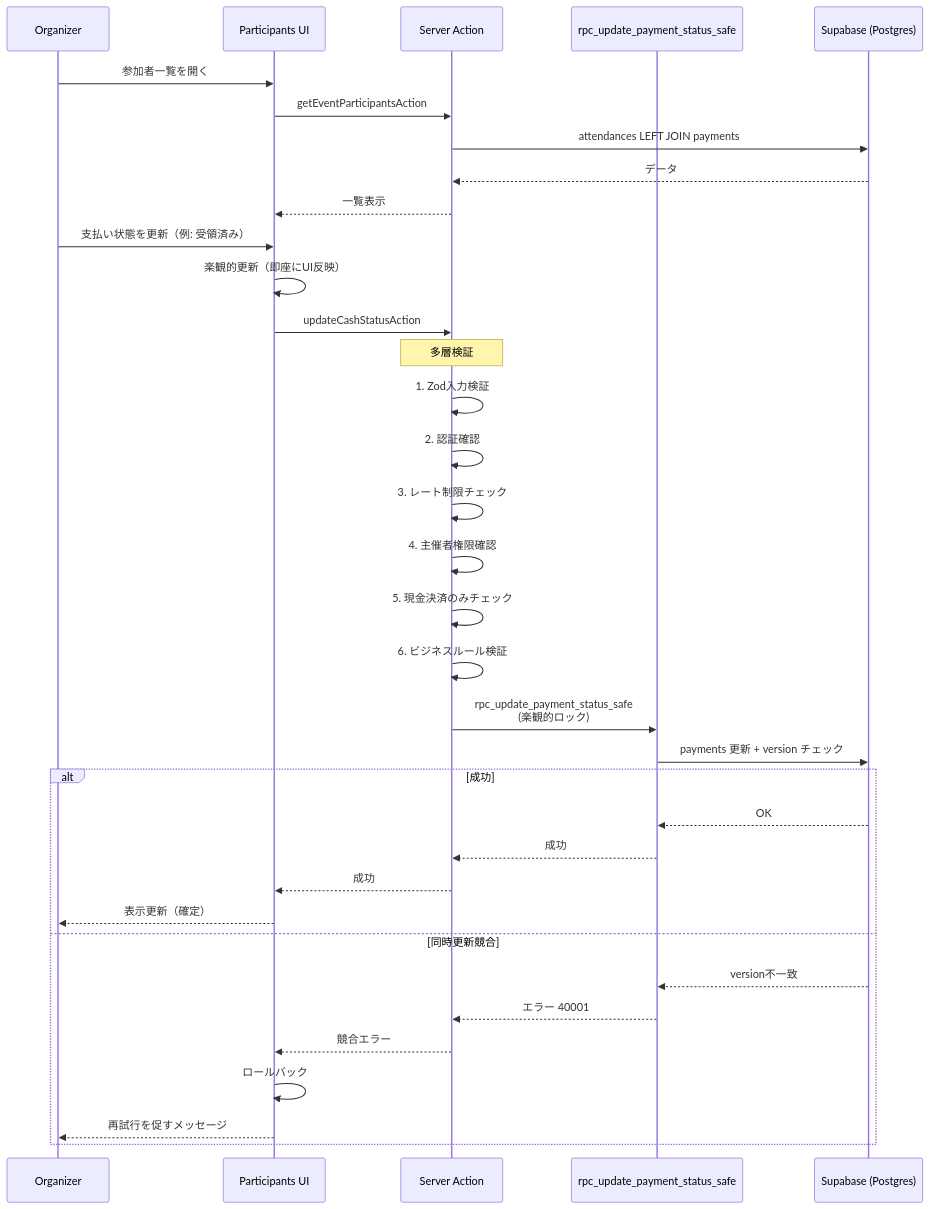
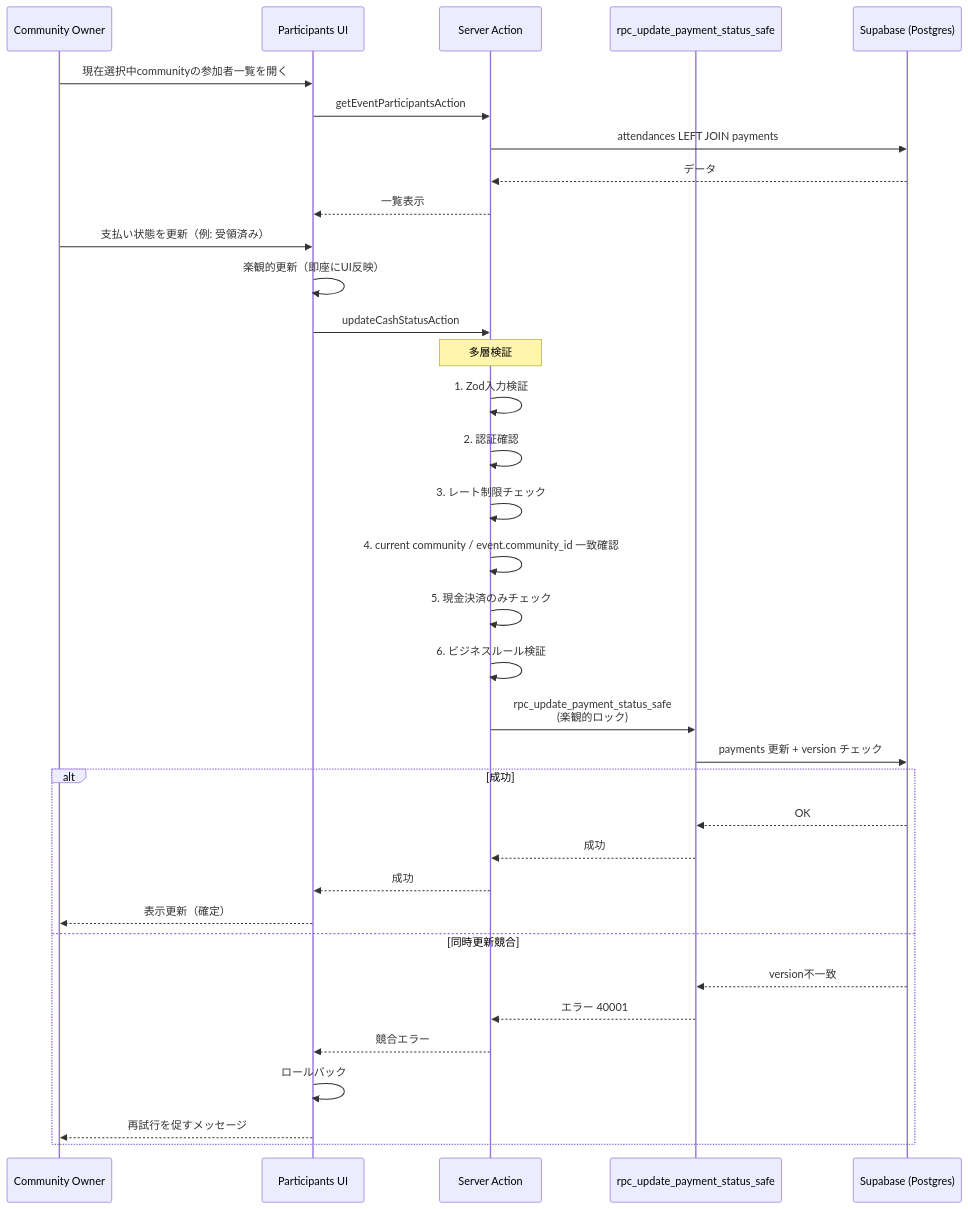
One commit to rytkhs/event-pay changed the diagram in docs/flows/cash-collection.md. Above: the diagram before and after it, drawn with Mermaid. The commit also changed other lines of this file and 7 other files, not shown here.

````diff
--- a/docs/flows/cash-collection.md
+++ b/docs/flows/cash-collection.md
@@ -48,42 +50,42 @@
 ```mermaid
 sequenceDiagram
-  participant Org as Organizer
+  participant Org as Community Owner
   participant UI as Participants UI
   participant App as Server Action
   participant RPC as rpc_update_payment_status_safe
   participant DB as Supabase (Postgres)
 
-  Org->>UI: 参加者一覧を開く
+  Org->>UI: 現在選択中communityの参加者一覧を開く
   UI->>App: getEventParticipantsAction
   App->>DB: attendances LEFT JOIN payments
   DB-->>App: データ
   App-->>UI: 一覧表示
 
   Org->>UI: 支払い状態を更新（例: 受領済み）
   UI->>UI: 楽観的更新（即座にUI反映）
   UI->>App: updateCashStatusAction
 
   Note over App: 多層検証
   App->>App: 1. Zod入力検証
   App->>App: 2. 認証確認
   App->>App: 3. レート制限チェック
-  App->>App: 4. 主催者権限確認
+  App->>App: 4. current community / event.community_id 一致確認
   App->>App: 5. 現金決済のみチェック
   App->>App: 6. ビジネスルール検証
 
   App->>RPC: rpc_update_payment_status_safe<br/>(楽観的ロック)
   RPC->>DB: payments 更新 + version チェック
 
   alt 成功
     DB-->>RPC: OK
     RPC-->>App: 成功
     App-->>UI: 成功
     UI-->>Org: 表示更新（確定）
   else 同時更新競合
     DB-->>RPC: version不一致
     RPC-->>App: エラー 40001
     App-->>UI: 競合エラー
     UI->>UI: ロールバック
     UI-->>Org: 再試行を促すメッセージ
   end
 ```
````
